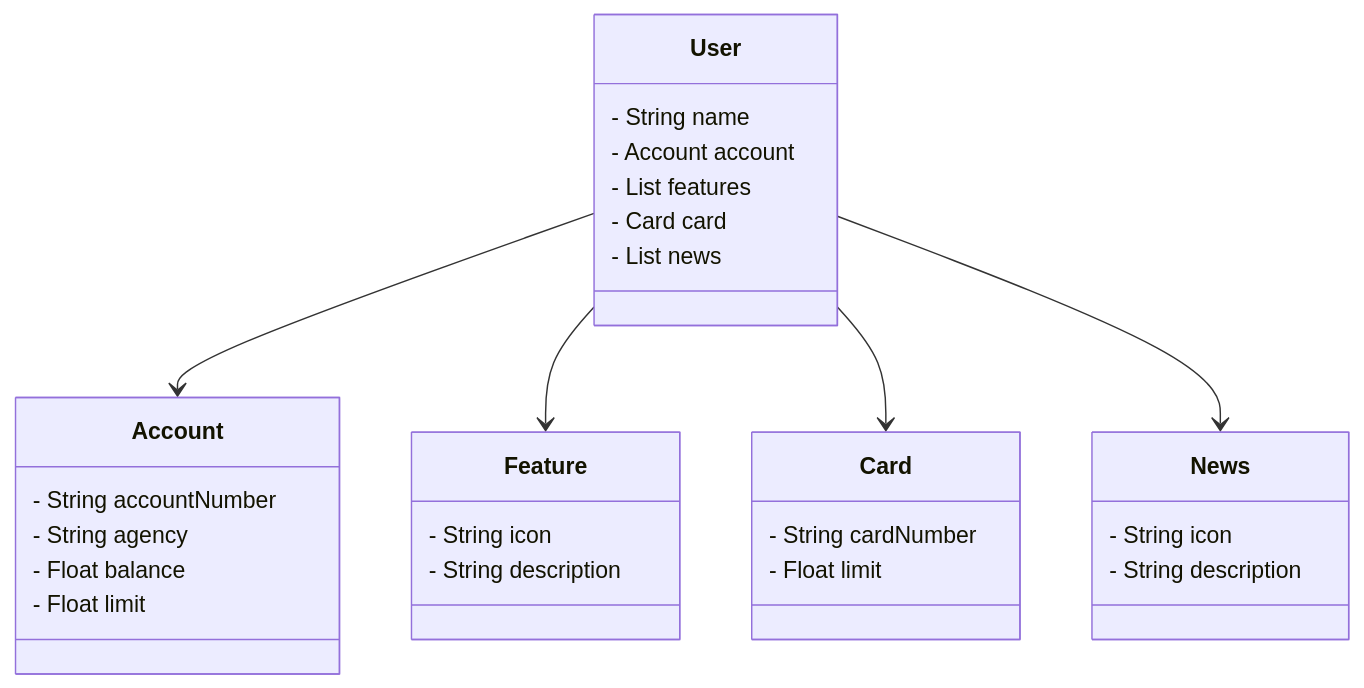
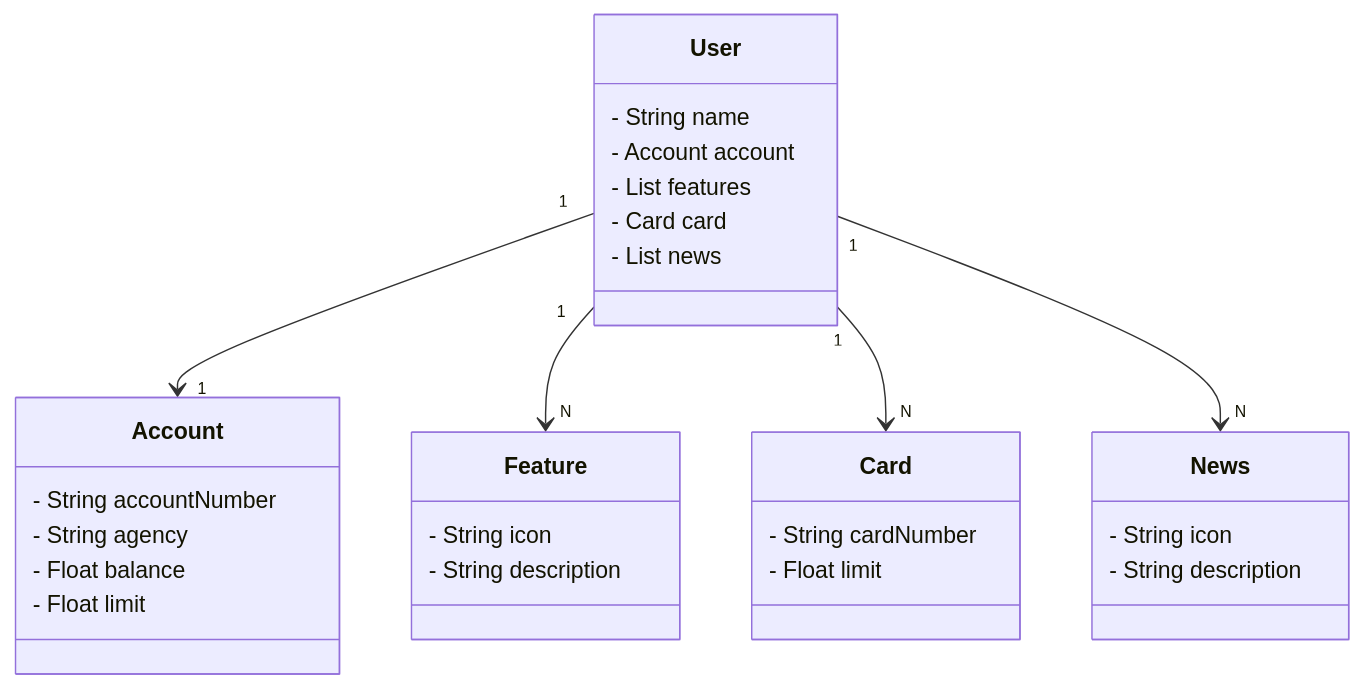
The diagram in README.md (RafaelMaier94/java-santander-bootcamp-2023), drawn with Mermaid before and after one commit.

````diff
--- a/README.md
+++ b/README.md
@@ -5,37 +5,37 @@
 ``` mermaid
 classDiagram
   class User {
     - String name
     - Account account
     - List<Feature> features
     - Card card
     - List<News> news
   }
 
   class Account {
     - String accountNumber
     - String agency
     - Float balance
     - Float limit
   }
 
   class Feature {
     - String icon
     - String description
   }
 
   class Card {
     - String cardNumber
     - Float limit
   }
 
   class News {
     - String icon
     - String description
   }
 
-  User --> Account
-  User --> Feature
-  User --> Card
-  User --> News
+  User "1" --> "1" Account
+  User "1" --> "N" Feature
+  User "1" --> "N" Card
+  User "1" --> "N" News
 ```
````
